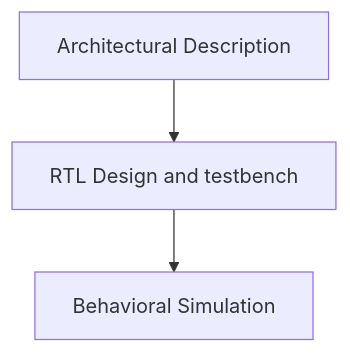
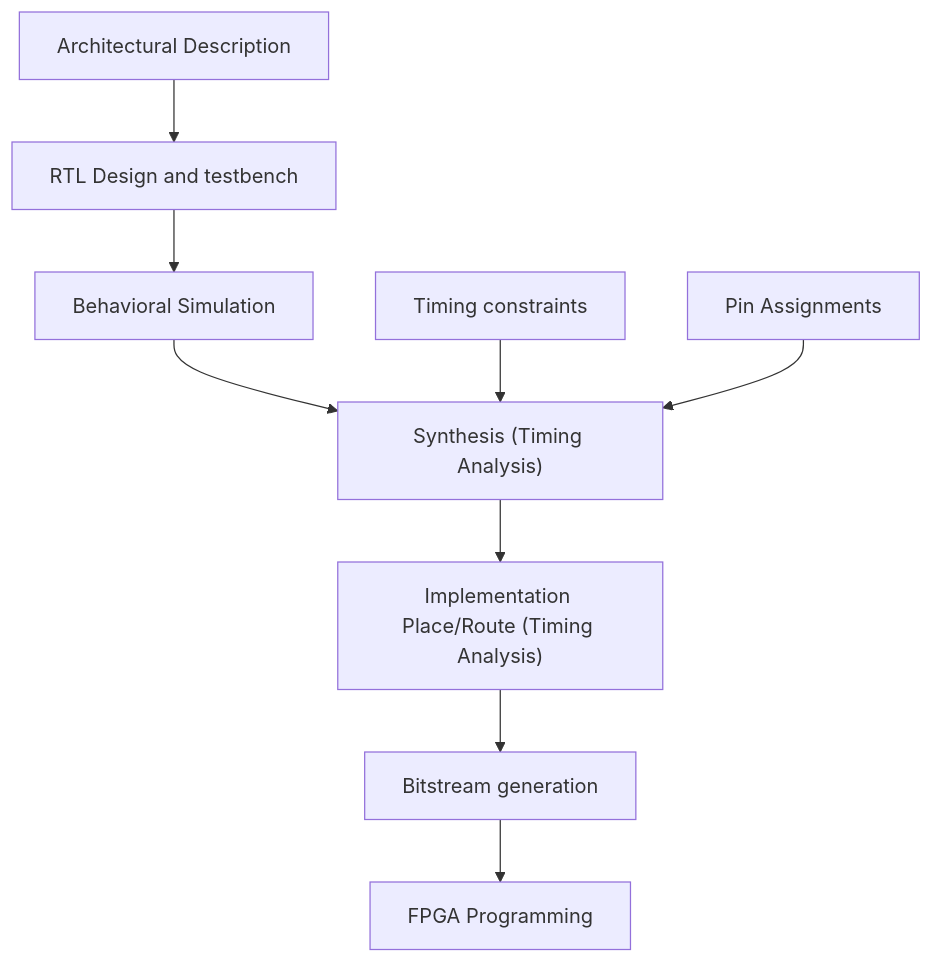
The first of 2 diagrams in README.md (NAvi349/osfpga-fda), drawn with Mermaid before and after one commit. The commit also changed other lines of this file, not shown here.

````diff
--- a/README.md
+++ b/README.md
@@ -161,5 +163,12 @@
 ```mermaid
 graph TD;
- A[Architectural Description] --> B[RTL Design and testbench]
- B --> C[Behavioral Simulation]
+  A[Architectural Description] --> B[RTL Design and testbench]
+  B --> C[Behavioral Simulation]
+  C --> D["Synthesis (Timing Analysis)"]
+  D --> E["Implementation Place/Route (Timing Analysis)"]
+  E --> F[Bitstream generation]
+  F --> G[FPGA Programming]
+
+  H[Timing constraints] --> D
+  I[Pin Assignments] --> D
 ```
````
